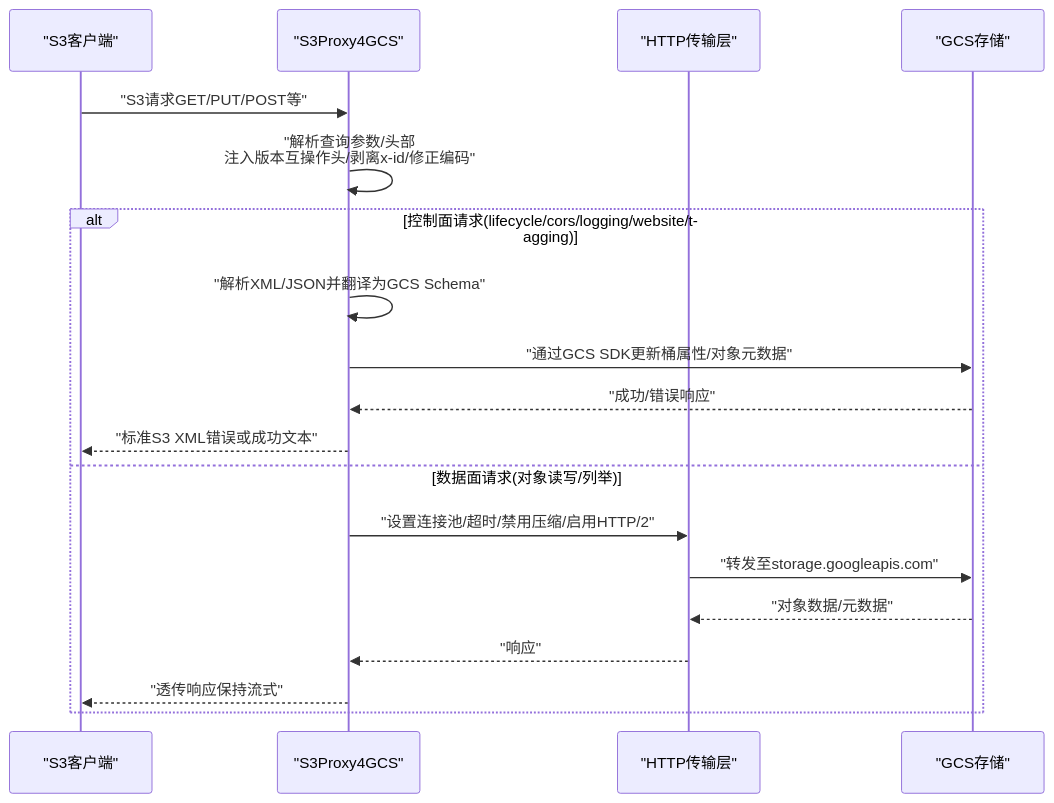
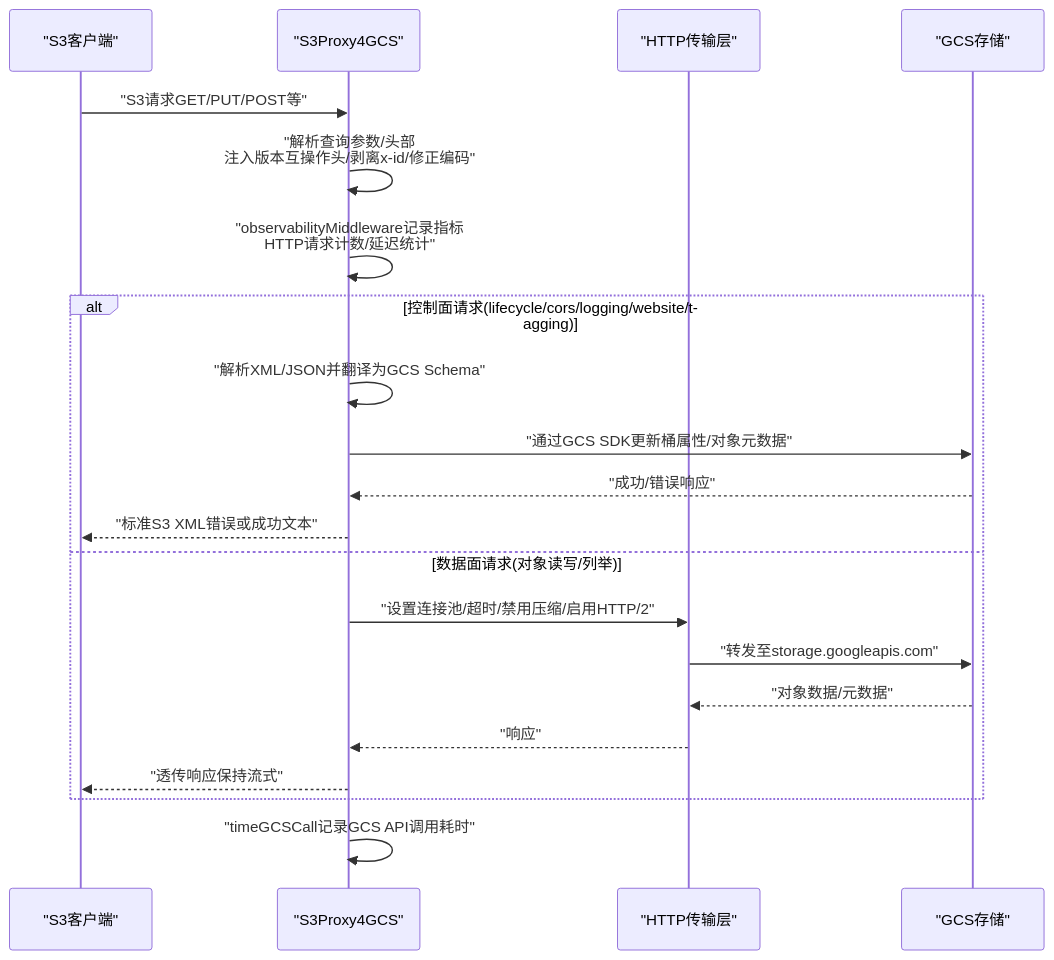
Before and after one commit to flying1574/S3Proxy4GCS: the second of 5 diagrams in .qoder/repowiki/zh/content/部署与运维.md, drawn with Mermaid. The commit also changed other lines of this file and 5 other files, not shown here.

````diff
--- a/.qoder/repowiki/zh/content/部署与运维.md
+++ b/.qoder/repowiki/zh/content/部署与运维.md
@@ -105,21 +121,23 @@
 ```mermaid
 sequenceDiagram
 participant Client as "S3客户端"
 participant Proxy as "S3Proxy4GCS"
 participant Trans as "HTTP传输层"
 participant GCS as "GCS存储"
 Client->>Proxy : "S3请求GET/PUT/POST等"
 Proxy->>Proxy : "解析查询参数/头部<br/>注入版本互操作头/剥离x-id/修正编码"
+Proxy->>Proxy : "observabilityMiddleware记录指标<br/>HTTP请求计数/延迟统计"
 alt 控制面请求(lifecycle/cors/logging/website/tagging)
 Proxy->>Proxy : "解析XML/JSON并翻译为GCS Schema"
 Proxy->>GCS : "通过GCS SDK更新桶属性/对象元数据"
 GCS-->>Proxy : "成功/错误响应"
 Proxy-->>Client : "标准S3 XML错误或成功文本"
 else 数据面请求(对象读写/列举)
 Proxy->>Trans : "设置连接池/超时/禁用压缩/启用HTTP/2"
 Trans->>GCS : "转发至storage.googleapis.com"
 GCS-->>Trans : "对象数据/元数据"
 Trans-->>Proxy : "响应"
 Proxy-->>Client : "透传响应保持流式"
 end
+Proxy->>Proxy : "timeGCSCall记录GCS API调用耗时"
 ```
````
